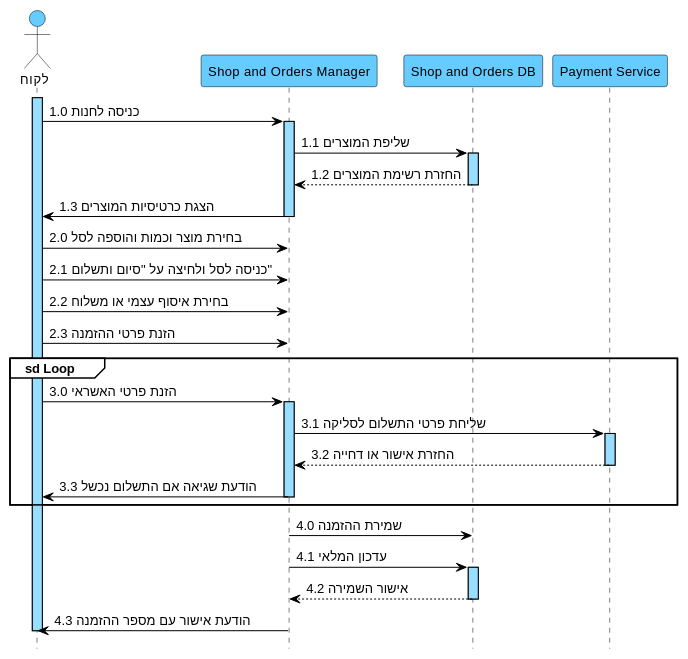
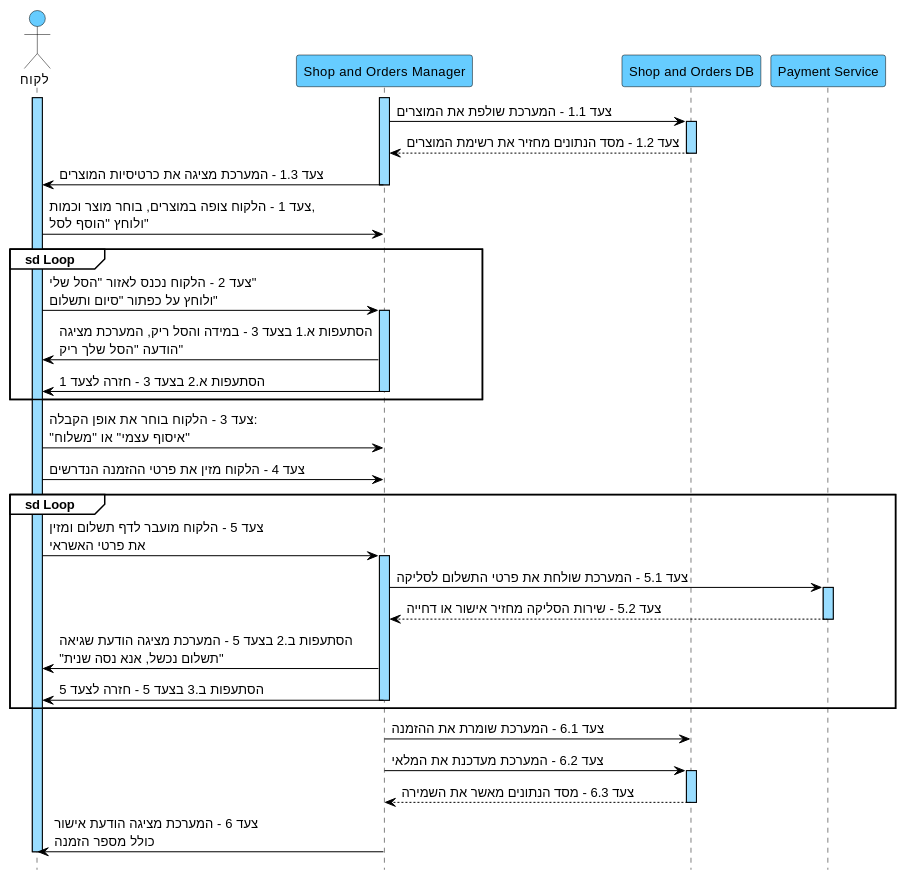
Before and after one commit to arielkaplan20/GOLDEN_HAIR_SALOAN: the diagram in docs/diagrams/puml/07-seq-suc07-רכישה-בחנות.puml, drawn with PlantUML. The commit also changed 26 other files, not shown here.

```diff
--- a/docs/diagrams/puml/07-seq-suc07-רכישה-בחנות.puml
+++ b/docs/diagrams/puml/07-seq-suc07-רכישה-בחנות.puml
@@ -1,62 +1,69 @@
 @startuml
 hide footbox
 skinparam backgroundColor white
 skinparam defaultFontName Arial
 skinparam defaultFontSize 13
 skinparam sequence {
 ArrowColor black
 ArrowFontColor black
 ActorBorderColor black
 ActorBackgroundColor #66CCFF
 LifeLineBorderColor black
 LifeLineBackgroundColor #99DDFF
 ParticipantBorderColor black
 ParticipantBackgroundColor #66CCFF
 ParticipantFontColor black
 ParticipantFontSize 13
 GroupBorderColor black
 GroupBackgroundColor white
 GroupHeaderFontColor black
 }
 
 actor "לקוח" as C
 participant "Shop and Orders Manager" as SM
 participant "Shop and Orders DB" as DB
 participant "Payment Service" as PAY
 
 activate C
-C -> SM : 1.0 כניסה לחנות
 activate SM
-SM -> DB : 1.1 שליפת המוצרים
+SM -> DB : צעד 1.1 - המערכת שולפת את המוצרים
 activate DB
-DB --> SM : 1.2 החזרת רשימת המוצרים
+DB --> SM : צעד 1.2 - מסד הנתונים מחזיר את רשימת המוצרים
 deactivate DB
-SM -> C : 1.3 הצגת כרטיסיות המוצרים
+SM -> C : צעד 1.3 - המערכת מציגה את כרטיסיות המוצרים
 deactivate SM
-
-C -> SM : 2.0 בחירת מוצר וכמות והוספה לסל
-C -> SM : 2.1 כניסה לסל ולחיצה על "סיום ותשלום"
-C -> SM : 2.2 בחירת איסוף עצמי או משלוח
-C -> SM : 2.3 הזנת פרטי ההזמנה
+C -> SM : צעד 1 - הלקוח צופה במוצרים, בוחר מוצר וכמות,\nולוחץ "הוסף לסל"
 
 group sd Loop
-C -> SM : 3.0 הזנת פרטי האשראי
+C -> SM : צעד 2 - הלקוח נכנס לאזור "הסל שלי"\nולוחץ על כפתור "סיום ותשלום"
 activate SM
-SM -> PAY : 3.1 שליחת פרטי התשלום לסליקה
+SM -> C : הסתעפות א.1 בצעד 3 - במידה והסל ריק, המערכת מציגה\nהודעה "הסל שלך ריק"
+SM -> C : הסתעפות א.2 בצעד 3 - חזרה לצעד 1
+deactivate SM
+end
+
+C -> SM : צעד 3 - הלקוח בוחר את אופן הקבלה:\n"איסוף עצמי" או "משלוח"
+C -> SM : צעד 4 - הלקוח מזין את פרטי ההזמנה הנדרשים
+
+group sd Loop
+C -> SM : צעד 5 - הלקוח מועבר לדף תשלום ומזין\nאת פרטי האשראי
+activate SM
+SM -> PAY : צעד 5.1 - המערכת שולחת את פרטי התשלום לסליקה
 activate PAY
-PAY --> SM : 3.2 החזרת אישור או דחייה
+PAY --> SM : צעד 5.2 - שירות הסליקה מחזיר אישור או דחייה
 deactivate PAY
-SM -> C : 3.3 הודעת שגיאה אם התשלום נכשל
+SM -> C : הסתעפות ב.2 בצעד 5 - המערכת מציגה הודעת שגיאה\n"תשלום נכשל, אנא נסה שנית"
+SM -> C : הסתעפות ב.3 בצעד 5 - חזרה לצעד 5
 deactivate SM
 end
 
 activate SM
-SM -> DB : 4.0 שמירת ההזמנה
-SM -> DB : 4.1 עדכון המלאי
+SM -> DB : צעד 6.1 - המערכת שומרת את ההזמנה
+SM -> DB : צעד 6.2 - המערכת מעדכנת את המלאי
 activate DB
-DB --> SM : 4.2 אישור השמירה
+DB --> SM : צעד 6.3 - מסד הנתונים מאשר את השמירה
 deactivate DB
-SM -> C : 4.3 הודעת אישור עם מספר ההזמנה
+SM -> C : צעד 6 - המערכת מציגה הודעת אישור\nכולל מספר הזמנה
 deactivate SM
 deactivate C
 @enduml
```
